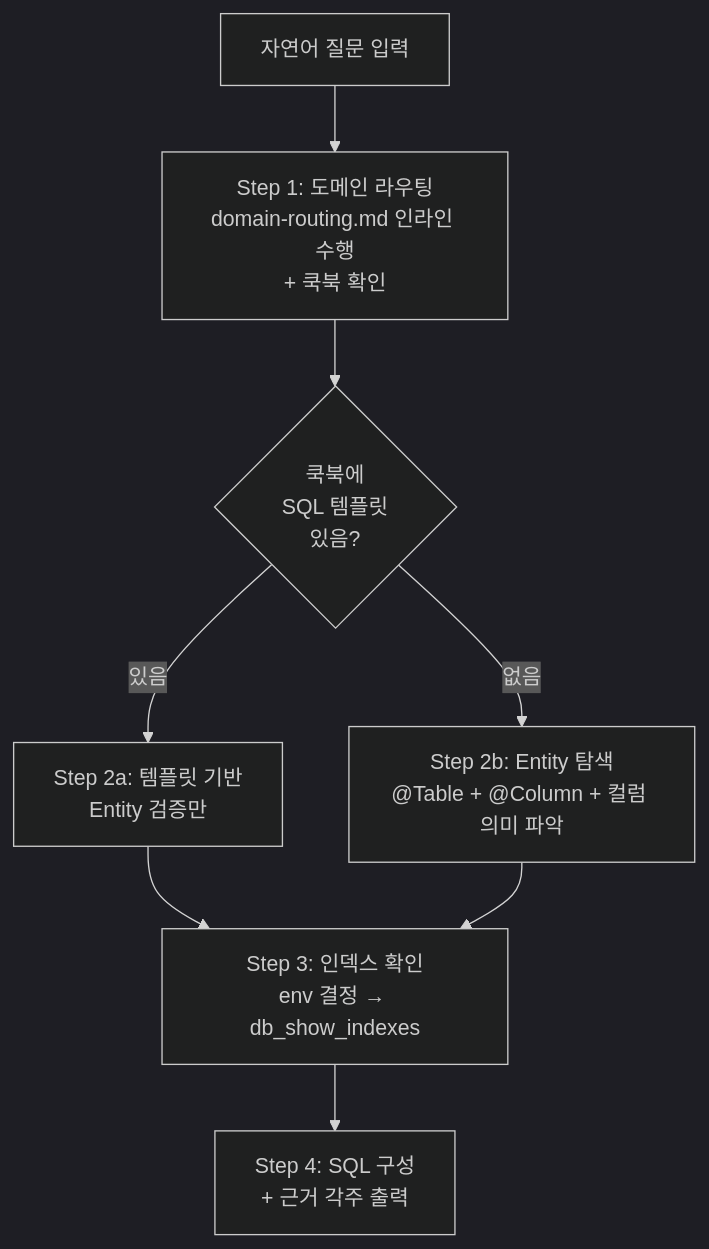
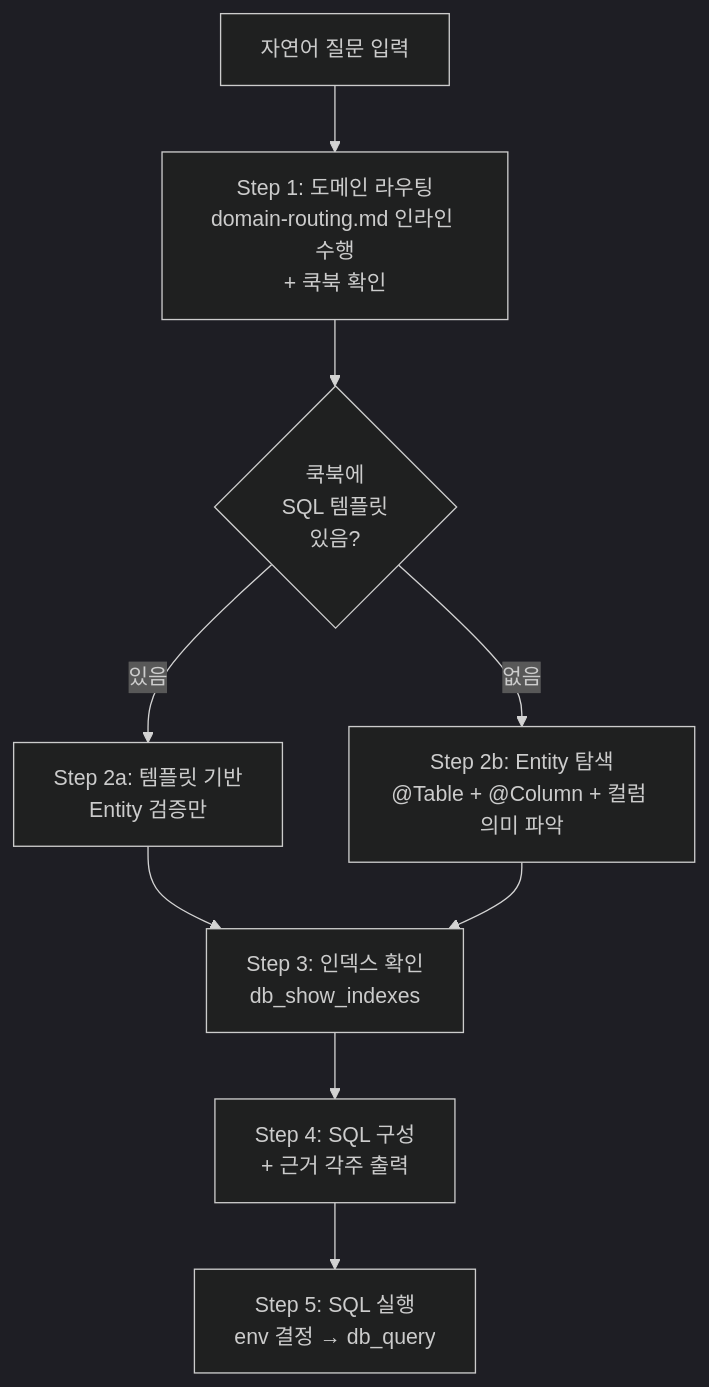
One commit to flex-team/flex-oncall changed the diagram in .claude/skills/ops-db-query-builder/SKILL.md. Above: the diagram before and after it, drawn with Mermaid (dark theme). The commit also changed other lines of this file and 1 other file, not shown here.

First line of the commit message:
🔧 (ops-db-query-builder): SQL 실행까지 통합 + DB 조회 강제 규칙 추가

````diff
--- a/.claude/skills/ops-db-query-builder/SKILL.md
+++ b/.claude/skills/ops-db-query-builder/SKILL.md
@@ -37,10 +37,11 @@
 ```mermaid
 flowchart TD
     A[자연어 질문 입력] --> B[Step 1: 도메인 라우팅<br/>domain-routing.md 인라인 수행<br/>+ 쿡북 확인]
     B --> C{쿡북에<br/>SQL 템플릿<br/>있음?}
     C -->|있음| D[Step 2a: 템플릿 기반<br/>Entity 검증만]
     C -->|없음| E[Step 2b: Entity 탐색<br/>@Table + @Column + 컬럼 의미 파악]
-    D --> G[Step 3: 인덱스 확인<br/>env 결정 → db_show_indexes]
+    D --> G[Step 3: 인덱스 확인<br/>db_show_indexes]
     E --> G
     G --> I[Step 4: SQL 구성<br/>+ 근거 각주 출력]
+    I --> J[Step 5: SQL 실행<br/>env 결정 → db_query]
 ```
````
